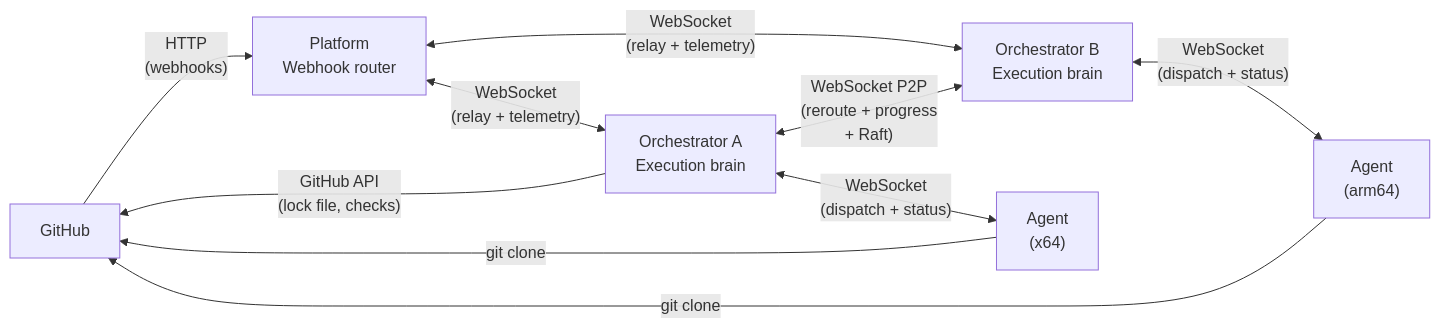
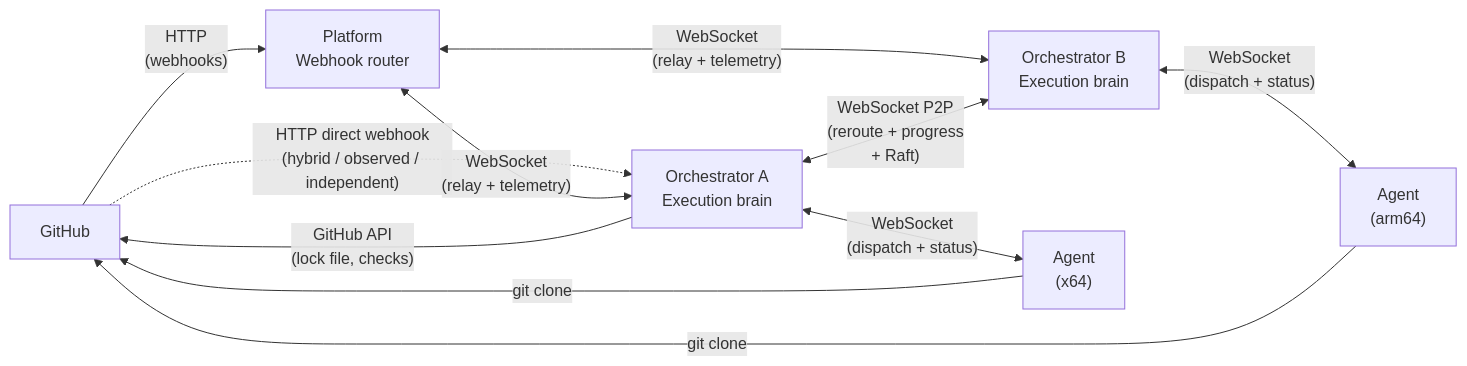
One commit to kici-dev/kici-public changed the first of 2 diagrams in docs/architecture/overview.md. Above: the diagram before and after it, drawn with Mermaid. The commit also changed other lines of this file and 1147 other files, not shown here.

````diff
--- a/docs/architecture/overview.md
+++ b/docs/architecture/overview.md
@@ -12,19 +12,20 @@
 ```mermaid
 flowchart LR
     GH["GitHub"]
     PLATFORM["Platform\nWebhook router"]
     ORCH_A["Orchestrator A\nExecution brain"]
     ORCH_B["Orchestrator B\nExecution brain"]
     AGENT_A["Agent\n(x64)"]
     AGENT_B["Agent\n(arm64)"]
 
     GH -- "HTTP\n(webhooks)" --> PLATFORM
+    GH -. "HTTP direct webhook\n(hybrid / observed / independent)" .-> ORCH_A
     PLATFORM <-- "WebSocket\n(relay + telemetry)" --> ORCH_A
     PLATFORM <-- "WebSocket\n(relay + telemetry)" --> ORCH_B
     ORCH_A <-- "WebSocket P2P\n(reroute + progress\n+ Raft)" --> ORCH_B
     ORCH_A <-- "WebSocket\n(dispatch + status)" --> AGENT_A
     ORCH_B <-- "WebSocket\n(dispatch + status)" --> AGENT_B
     ORCH_A -- "GitHub API\n(lock file, checks)" --> GH
     AGENT_A -- "git clone" --> GH
     AGENT_B -- "git clone" --> GH
 ```
````
